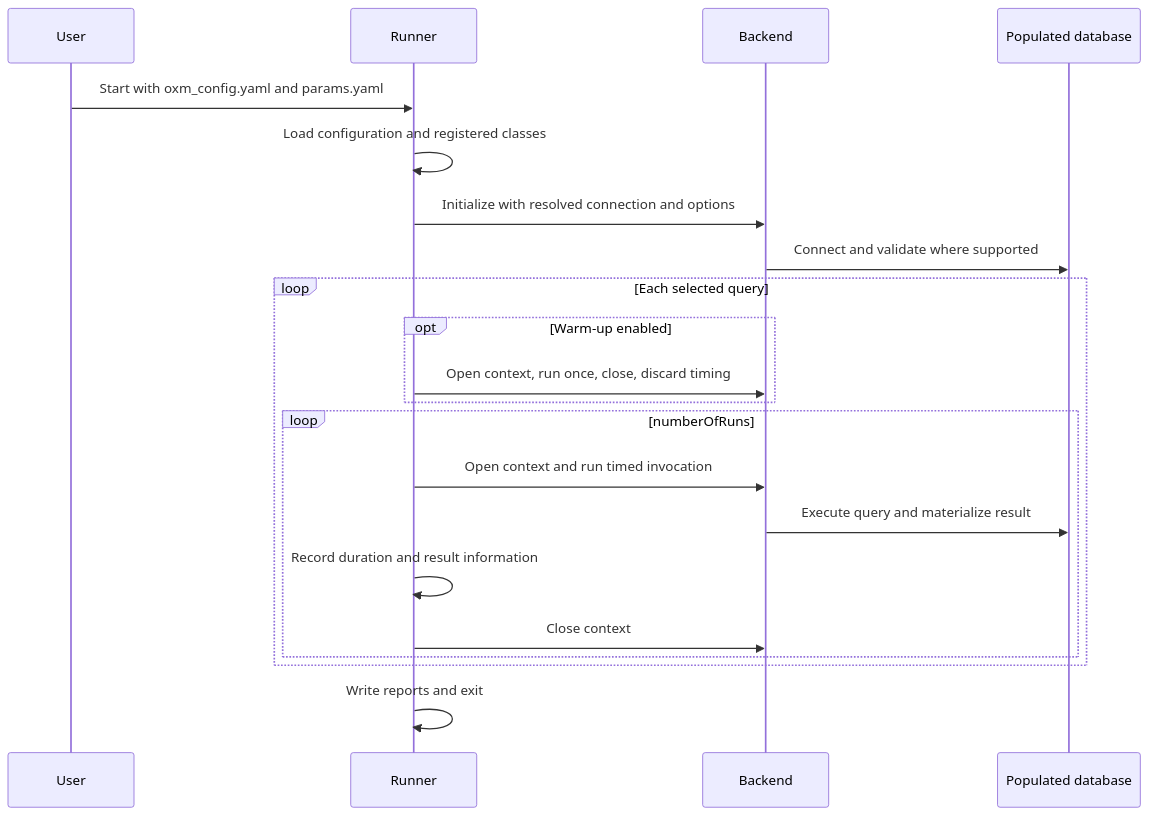
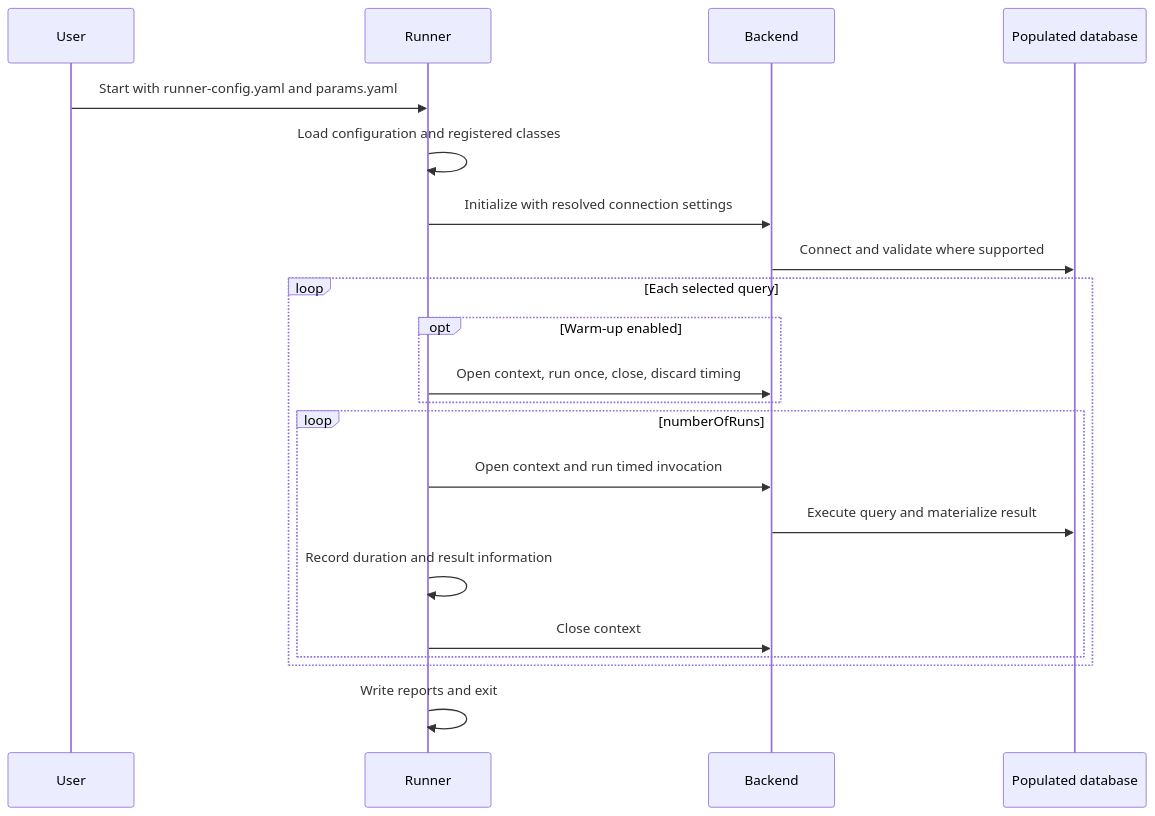
Before and after one commit to SimekJan/oxm-benchmark: the third of 3 diagrams in docs/RUNNER_ARCHITECTURE.md, drawn with Mermaid. The commit also changed other lines of this file and 9 other files, not shown here.

Commit message:
Add Config Loader to the Runner

````diff
--- a/docs/RUNNER_ARCHITECTURE.md
+++ b/docs/RUNNER_ARCHITECTURE.md
@@ -133,23 +112,23 @@
 ```mermaid
 sequenceDiagram
     participant U as User
     participant R as Runner
     participant B as Backend
     participant D as Populated database
-    U->>R: Start with oxm_config.yaml and params.yaml
+    U->>R: Start with runner-config.yaml and params.yaml
     R->>R: Load configuration and registered classes
-    R->>B: Initialize with resolved connection and options
+    R->>B: Initialize with resolved connection settings
     B->>D: Connect and validate where supported
     loop Each selected query
         opt Warm-up enabled
             R->>B: Open context, run once, close, discard timing
         end
         loop numberOfRuns
             R->>B: Open context and run timed invocation
             B->>D: Execute query and materialize result
             R->>R: Record duration and result information
             R->>B: Close context
         end
     end
     R->>R: Write reports and exit
 ```
````
